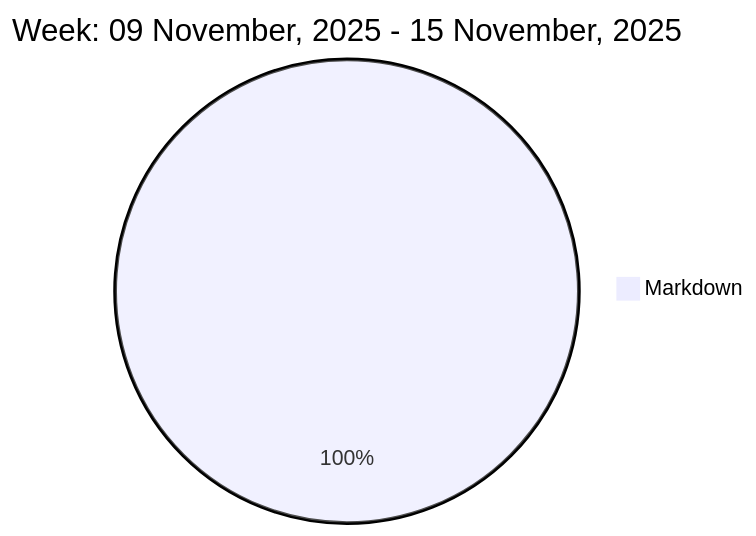
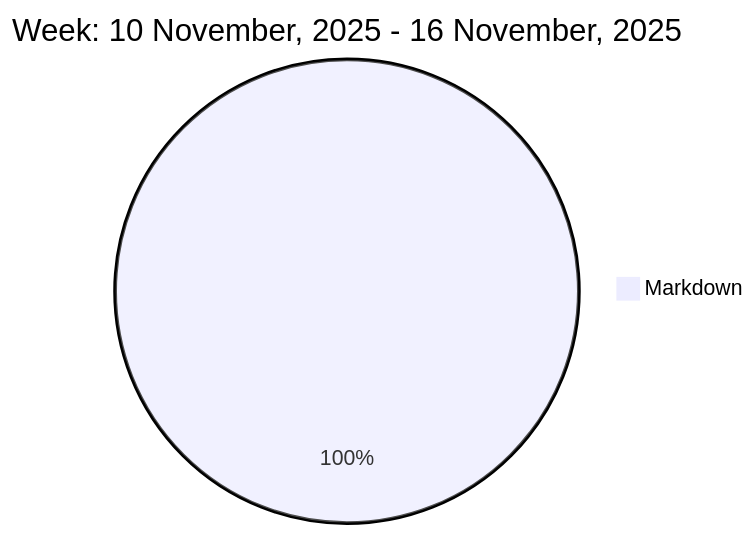
One commit to liubin95/liubin95 changed the diagram in README.md. Above: the diagram before and after it, drawn with Mermaid.

Commit message:
Updated the Graph with new Metrics

````diff
--- a/README.md
+++ b/README.md
@@ -37,5 +37,5 @@
 ```mermaid
  pie
-title Week: 09 November, 2025 - 15 November, 2025
+title Week: 10 November, 2025 - 16 November, 2025
  "Markdown" : 1.88
 ```
````
